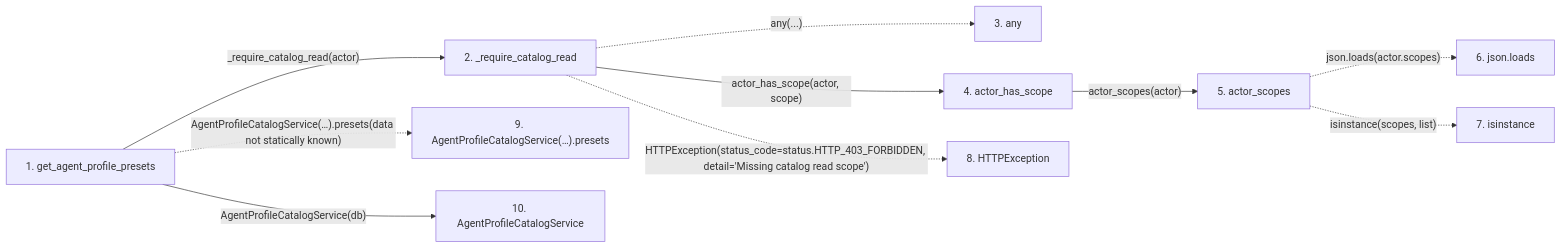
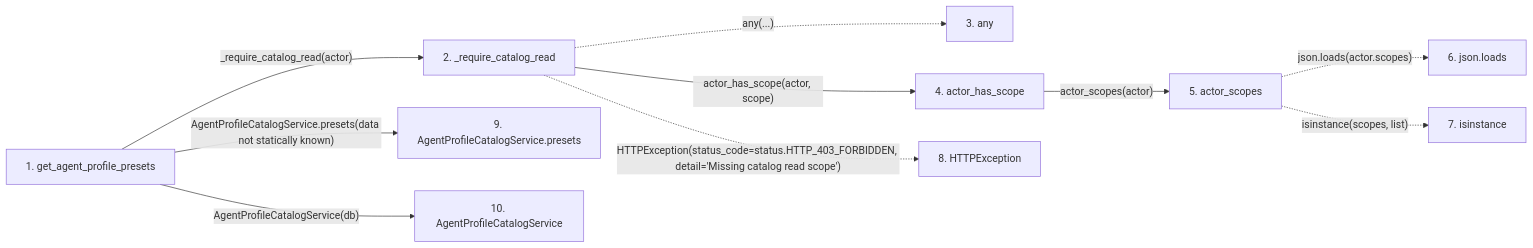
The second of 2 diagrams in docs/llm_wiki/flows/http-get_agent_profile_presets.md (Denissvgn/WorkChord), drawn with Mermaid before and after one commit. The commit also changed other lines of this file and 25171 other files, not shown here.

````diff
--- a/docs/llm_wiki/flows/http-get_agent_profile_presets.md
+++ b/docs/llm_wiki/flows/http-get_agent_profile_presets.md
@@ -36,27 +68,28 @@
 ```mermaid
 flowchart LR
     s1["1. get_agent_profile_presets"]
     s2["2. _require_catalog_read"]
     s3["3. any"]
     s4["4. actor_has_scope"]
     s5["5. actor_scopes"]
     s6["6. json.loads"]
     s7["7. isinstance"]
     s8["8. HTTPException"]
-    s9["9. AgentProfileCatalogService(…).presets"]
+    s9["9. AgentProfileCatalogService.presets"]
     s10["10. AgentProfileCatalogService"]
     s1 -->|"_require_catalog_read(actor)"| s2
     s2 -. "any(...)" .-> s3
     s2 -->|"actor_has_scope(actor, scope)"| s4
     s4 -->|"actor_scopes(actor)"| s5
     s5 -. "json.loads(actor.scopes)" .-> s6
     s5 -. "isinstance(scopes, list)" .-> s7
     s2 -. "HTTPException(status_code=status.HTTP_403_FORBIDDEN, detail='Missing catalog read scope')" .-> s8
-    s1 -. "AgentProfileCatalogService(…).presets(data not statically known)" .-> s9
+    s1 -->|"AgentProfileCatalogService.presets(data not statically known)"| s9
     s1 -->|"AgentProfileCatalogService(db)"| s10
     click s1 "../modules/agent_catalog.md"
     click s2 "../modules/agent_catalog.md"
     click s4 "../modules/agent_service.md"
     click s5 "../modules/agent_service.md"
+    click s9 "../modules/agent_profile_catalog_service.md"
     click s10 "../modules/agent_profile_catalog_service.md"
 ```
````
